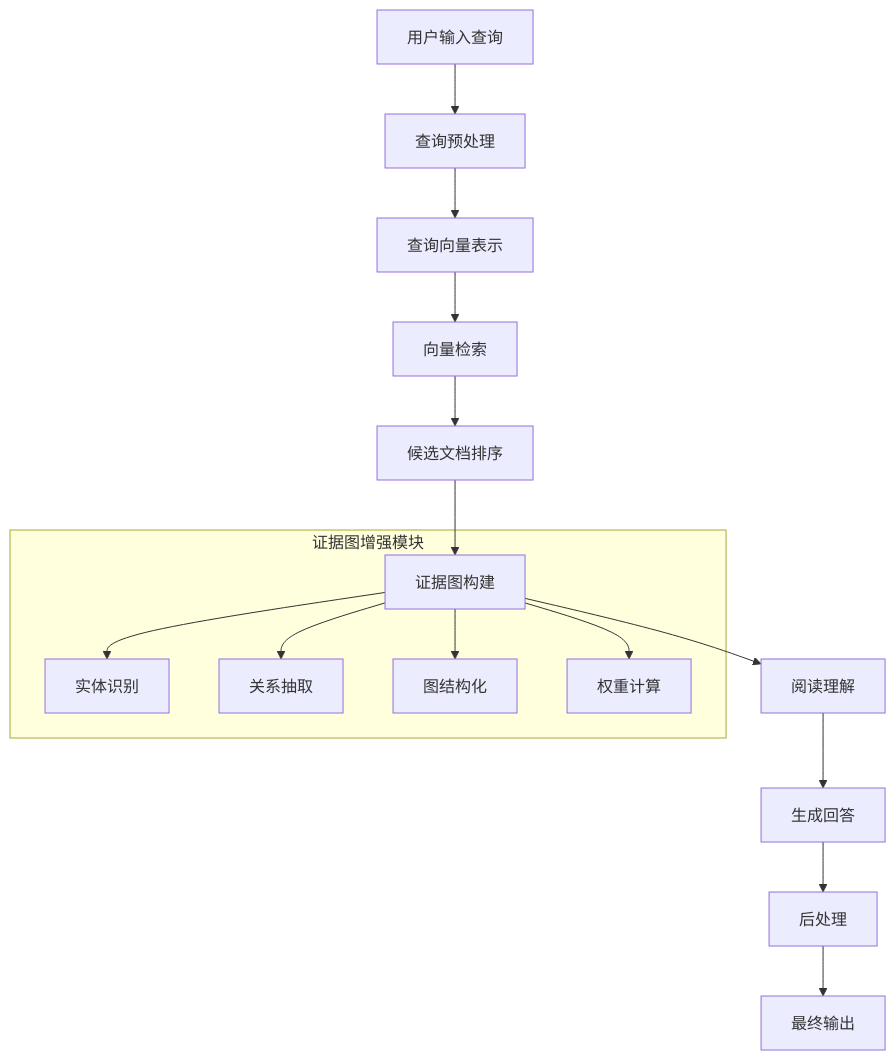
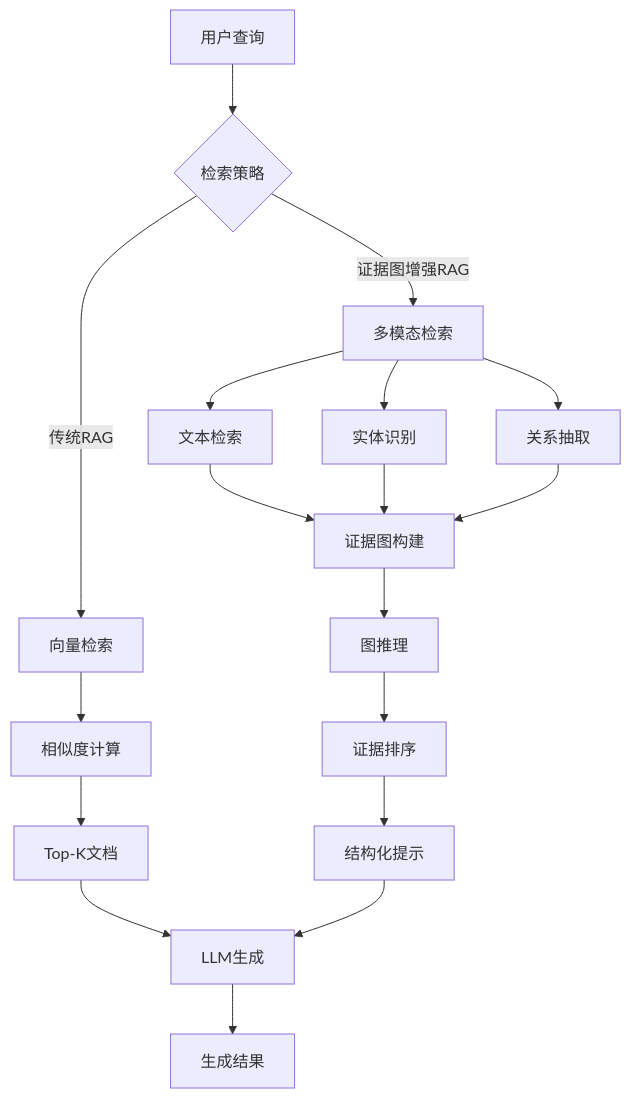
One commit to valkryhx/patent_agents changed the diagram in output/progress/以证据图增强的rag系统_ada191f4/02_background.md. Above: the diagram before and after it, drawn with Mermaid. The commit also changed other lines of this file and 8 other files, not shown here.

````diff
--- a/output/progress/以证据图增强的rag系统_ada191f4/02_background.md
+++ b/output/progress/以证据图增强的rag系统_ada191f4/02_background.md
@@ -45,19 +51,21 @@
 ```mermaid
 graph TD
-    A[用户输入查询] --> B[查询预处理]
-    B --> C[查询向量表示]
-    C --> D[向量检索]
-    D --> E[候选文档排序]
-    E --> F[证据图构建]
-    F --> G[阅读理解]
-    G --> H[生成回答]
-    H --> I[后处理]
-    I --> J[最终输出]
+    A[用户查询] --> B{检索策略}
+    B -->|传统RAG| C[向量检索]
+    B -->|证据图增强RAG| D[多模态检索]
     
-    subgraph 证据图增强模块
-        F --> F1[实体识别]
-        F --> F2[关系抽取]
-        F --> F3[图结构化]
-        F --> F4[权重计算]
-    end
+    C --> E[相似度计算]
+    E --> F[Top-K文档]
+    F --> G[LLM生成]
+    
+    D --> H[文本检索]
+    D --> I[实体识别]
+    D --> J[关系抽取]
+    H & I & J --> K[证据图构建]
+    K --> L[图推理]
+    L --> M[证据排序]
+    M --> N[结构化提示]
+    N --> G
+    
+    G --> O[生成结果]
 ```
````
